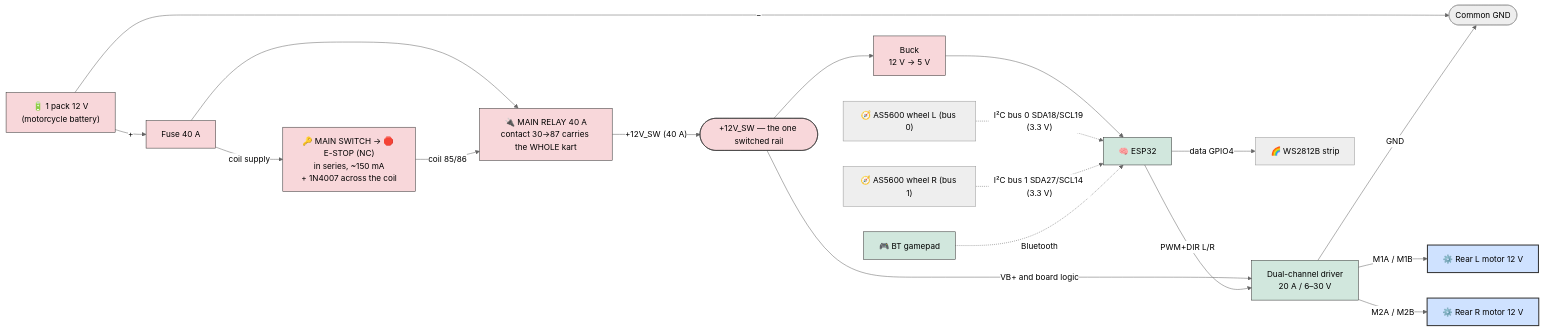
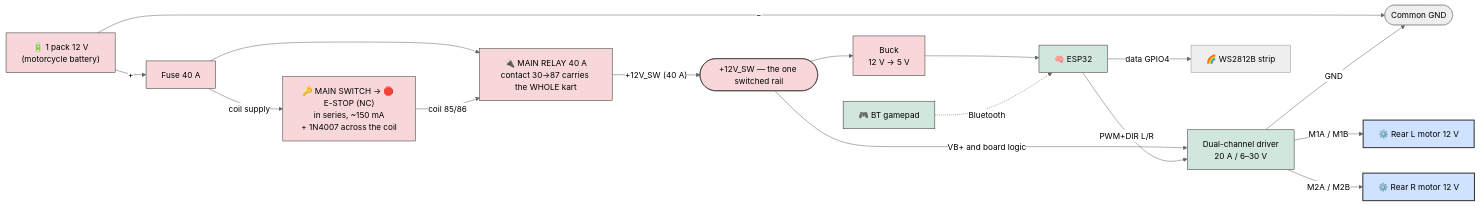
The sixth of 9 diagrams in README.md (pinkymaxou/powered-soapbox-car), drawn with Mermaid (neutral theme) before and after one commit. The commit also changed other lines of this file and 48 other files, not shown here.

````diff
--- a/README.md
+++ b/README.md
@@ -449,45 +473,41 @@
 ```mermaid
 flowchart LR
     BATT["🔋 1 pack 12 V<br/>(motorcycle battery)"]
     FUSE["Fuse 40 A"]
     COIL["🔑 MAIN SWITCH → 🛑 E-STOP (NC)<br/>in series, ~150 mA<br/>+ 1N4007 across the coil"]
     SW["🔌 MAIN RELAY 40 A<br/>contact 30→87 carries the WHOLE kart"]
     RAIL(["+12V_SW — the one switched rail"])
     GNDC(["Common GND"])
     BUCK["Buck<br/>12 V → 5 V"]
     ESP["🧠 ESP32"]
     PAD["🎮 BT gamepad"]
     DRV["Dual-channel driver<br/>20 A / 6–30 V"]
     M1["⚙️ Rear L motor 12 V"]
     M2["⚙️ Rear R motor 12 V"]
-    EG["🧭 AS5600 wheel L (bus 0)"]
-    ED["🧭 AS5600 wheel R (bus 1)"]
     WS["🌈 WS2812B strip"]
 
     %% Power: ONE relay, ONE rail — either switch in the coil kills everything
     BATT -- "+" --> FUSE --> SW
     FUSE -- "coil supply" --> COIL -- "coil 85/86" --> SW
     SW -- "+12V_SW (40 A)" --> RAIL
     RAIL -- "VB+ and board logic" --> DRV
     RAIL --> BUCK --> ESP
     BATT -- "−" --> GNDC
     DRV -- "GND" --> GNDC
 
-    %% Motor outputs + speed feedback
+    %% Motor outputs (no speed feedback: nothing measures the wheels)
     DRV -- "M1A / M1B" --> M1
     DRV -- "M2A / M2B" --> M2
-    EG -. "I²C bus 0 SDA18/SCL19 (3.3 V)" .-> ESP
-    ED -. "I²C bus 1 SDA27/SCL14 (3.3 V)" .-> ESP
 
     %% Signals
     PAD -. "Bluetooth" .-> ESP
     ESP -- "PWM+DIR L/R" --> DRV
     ESP -- "data GPIO4" --> WS
 
     classDef pwr fill:#f8d7da,stroke:#333;
     classDef ctrl fill:#d1e7dd,stroke:#333;
     classDef mot fill:#cfe2ff,stroke:#333,stroke-width:2px;
     class BATT,FUSE,RAIL,SW,COIL,BUCK pwr;
     class ESP,DRV,PAD ctrl;
     class M1,M2 mot;
 ```
````
